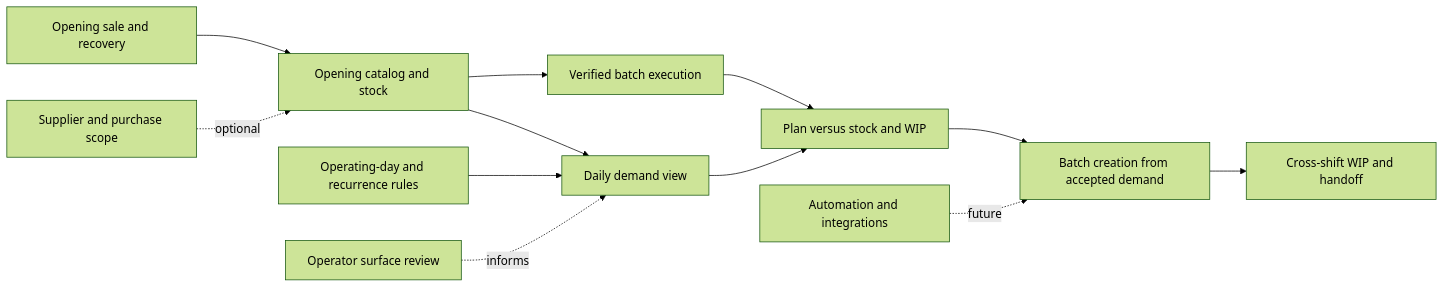
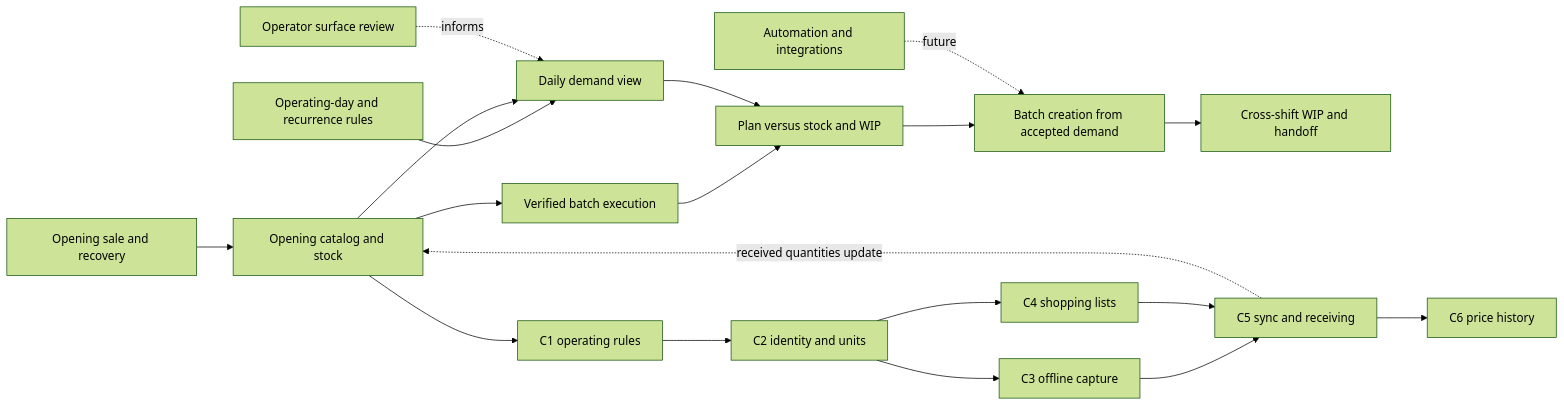
One commit to sigilabcodex/FloCafe changed the diagram in docs/product/roadmap.md. Above: the diagram before and after it, drawn with Mermaid (forest theme). The commit also changed other lines of this file and 3 other files, not shown here.

Commit message:
docs(roadmap): plan offline purchasing and price history

````diff
--- a/docs/product/roadmap.md
+++ b/docs/product/roadmap.md
@@ -85,14 +134,21 @@
 ```mermaid
 flowchart LR
   A[Opening sale and recovery] --> B[Opening catalog and stock]
   B --> C[Verified batch execution]
   D[Operating-day and recurrence rules] --> E[Daily demand view]
   B --> E
   C --> F[Plan versus stock and WIP]
   E --> F
   F --> G[Batch creation from accepted demand]
   G --> H[Cross-shift WIP and handoff]
-  I[Supplier and purchase scope] -. optional .-> B
+  B --> C1[C1 operating rules]
+  C1 --> C2[C2 identity and units]
+  C2 --> C3[C3 offline capture]
+  C2 --> C4[C4 shopping lists]
+  C3 --> C5[C5 sync and receiving]
+  C4 --> C5
+  C5 --> C6[C6 price history]
+  C5 -. received quantities update .-> B
   J[Operator surface review] -. informs .-> E
   K[Automation and integrations] -. future .-> G
 ```
````
